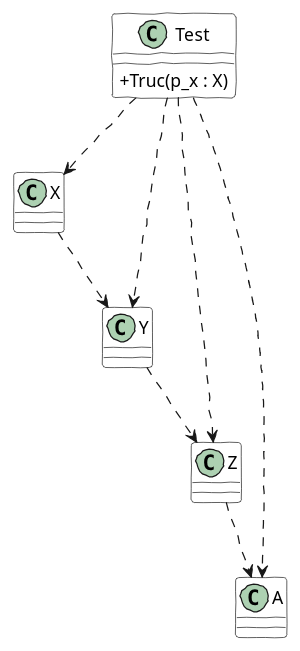
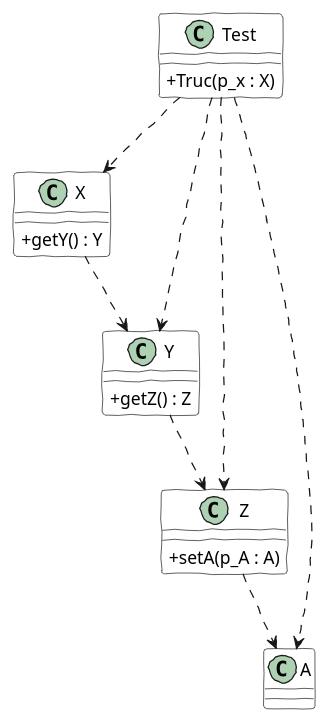
The diagram in Module11_Demeter_TellDontAsk/diag/src/DiagClassesDemeter01.wsd (PiFou86/420-W20-SF), drawn with PlantUML before and after one commit. The commit also changed 5 other files, not shown here.

```diff
--- a/Module11_Demeter_TellDontAsk/diag/src/DiagClassesDemeter01.wsd
+++ b/Module11_Demeter_TellDontAsk/diag/src/DiagClassesDemeter01.wsd
@@ -1,22 +1,35 @@
 @startuml Demeter01
 skinparam classAttributeIconSize 0
 skinparam handwritten true
 skinparam class {
     BackgroundColor White
     BorderColor #000
 }
 
 Test ..> X
 Test ..> A
 Test ..> Y
 Test ..> Z
 
 X ..> Y
 Y ..> Z
 Z ..> A
 
 class Test {
     + Truc(p_x : X)
 }
 
+class X {
+    + getY() : Y
+}
+
+class Y {
+    + getZ() : Z
+}
+
+class Z {
+    + setA(p_A : A)
+}
+
+
 @enduml
```
